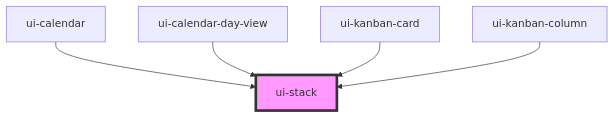
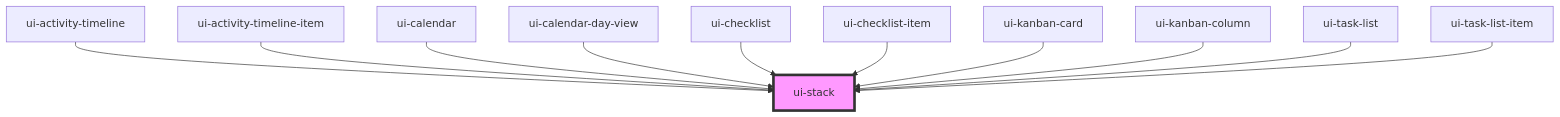
Before and after one commit to danieluxury88/UI-Platform: the diagram in packages/design-system/src/components/layout/ui-stack/readme.md, drawn with Mermaid. The commit also changed other lines of this file and 39 other files, not shown here.

Commit message:
Add task list, timeline, and checklist widgets

````diff
--- a/packages/design-system/src/components/layout/ui-stack/readme.md
+++ b/packages/design-system/src/components/layout/ui-stack/readme.md
@@ -25,8 +31,14 @@
 ```mermaid
 graph TD;
+  ui-activity-timeline --> ui-stack
+  ui-activity-timeline-item --> ui-stack
   ui-calendar --> ui-stack
   ui-calendar-day-view --> ui-stack
+  ui-checklist --> ui-stack
+  ui-checklist-item --> ui-stack
   ui-kanban-card --> ui-stack
   ui-kanban-column --> ui-stack
+  ui-task-list --> ui-stack
+  ui-task-list-item --> ui-stack
   style ui-stack fill:#f9f,stroke:#333,stroke-width:4px
 ```
````
